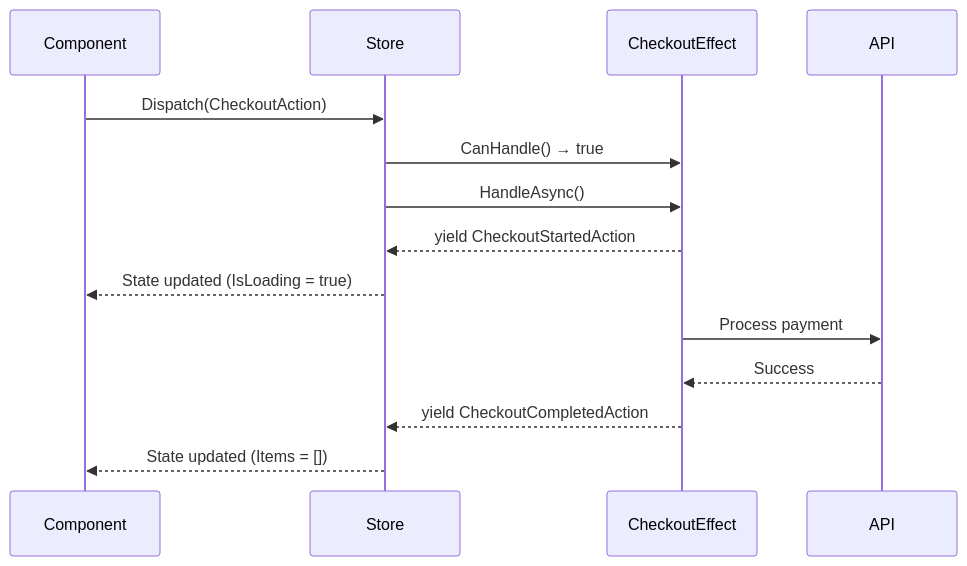
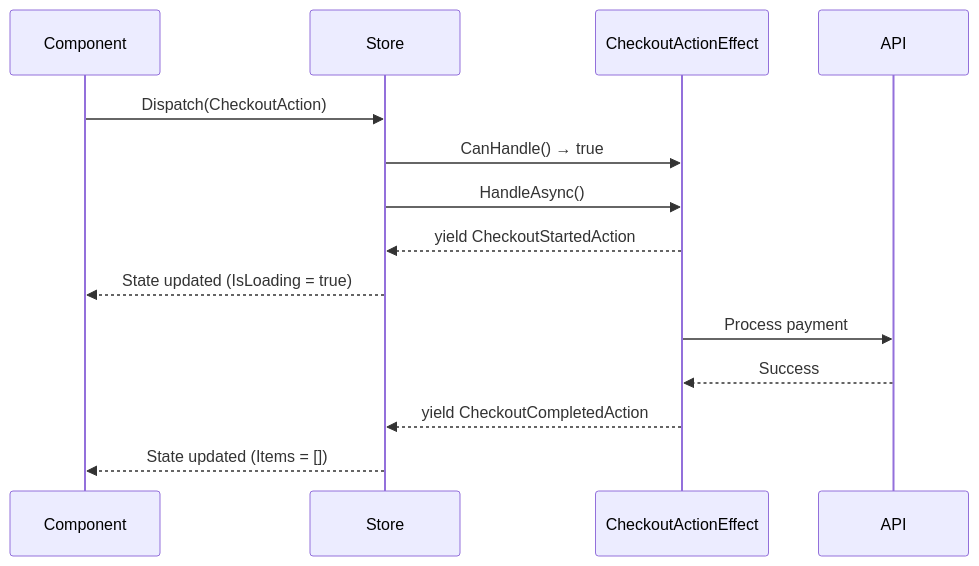
Before and after one commit to Gibbs-Morris/mississippi: the first of 2 diagrams in docs/Docusaurus/docs/reservoir/getting-started.md, drawn with Mermaid. The commit also changed other lines of this file and 58 other files, not shown here.

First line of the commit message:
refactor: rename IEffect to IActionEffect and AddEffect to AddActionEffect

````diff
--- a/docs/Docusaurus/docs/reservoir/getting-started.md
+++ b/docs/Docusaurus/docs/reservoir/getting-started.md
@@ -332,17 +332,17 @@
 ```mermaid
 sequenceDiagram
     participant UI as Component
     participant Store as Store
-    participant Effect as CheckoutEffect
+    participant Effect as CheckoutActionEffect
     participant API as API
 
     UI->>Store: Dispatch(CheckoutAction)
     Store->>Effect: CanHandle() → true
     Store->>Effect: HandleAsync()
     Effect-->>Store: yield CheckoutStartedAction
     Store-->>UI: State updated (IsLoading = true)
     Effect->>API: Process payment
     API-->>Effect: Success
     Effect-->>Store: yield CheckoutCompletedAction
     Store-->>UI: State updated (Items = [])
 ```
````
